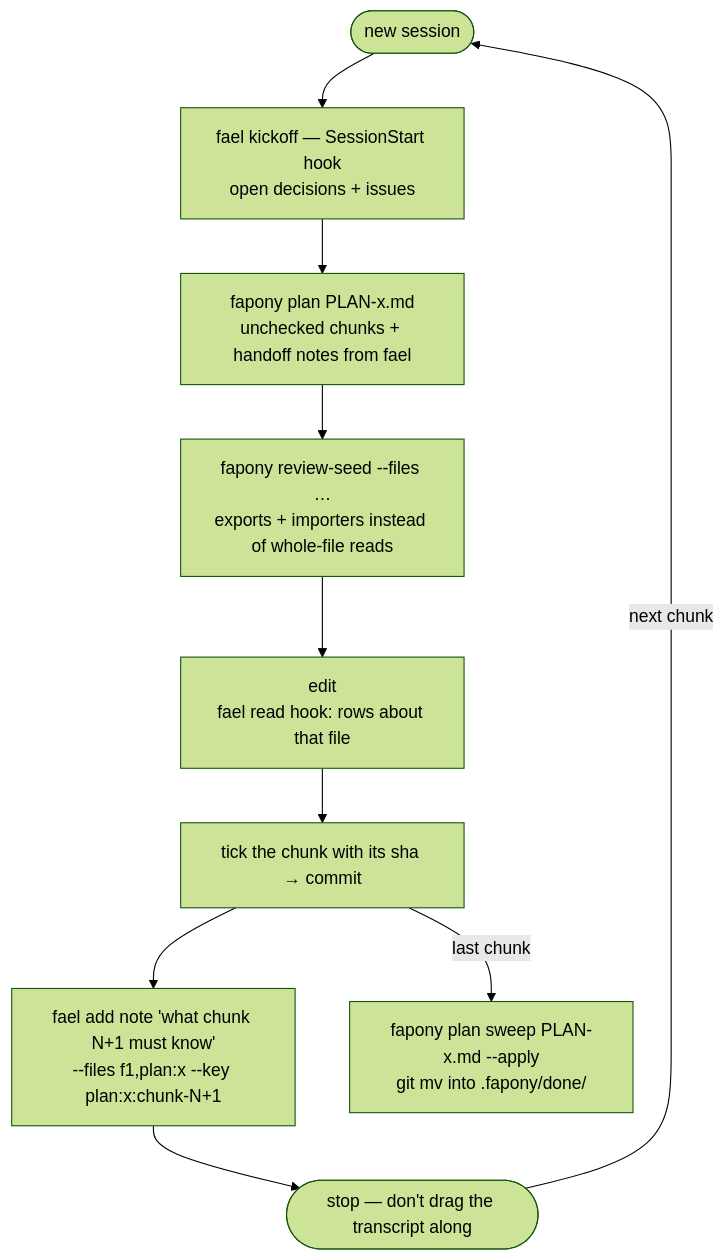
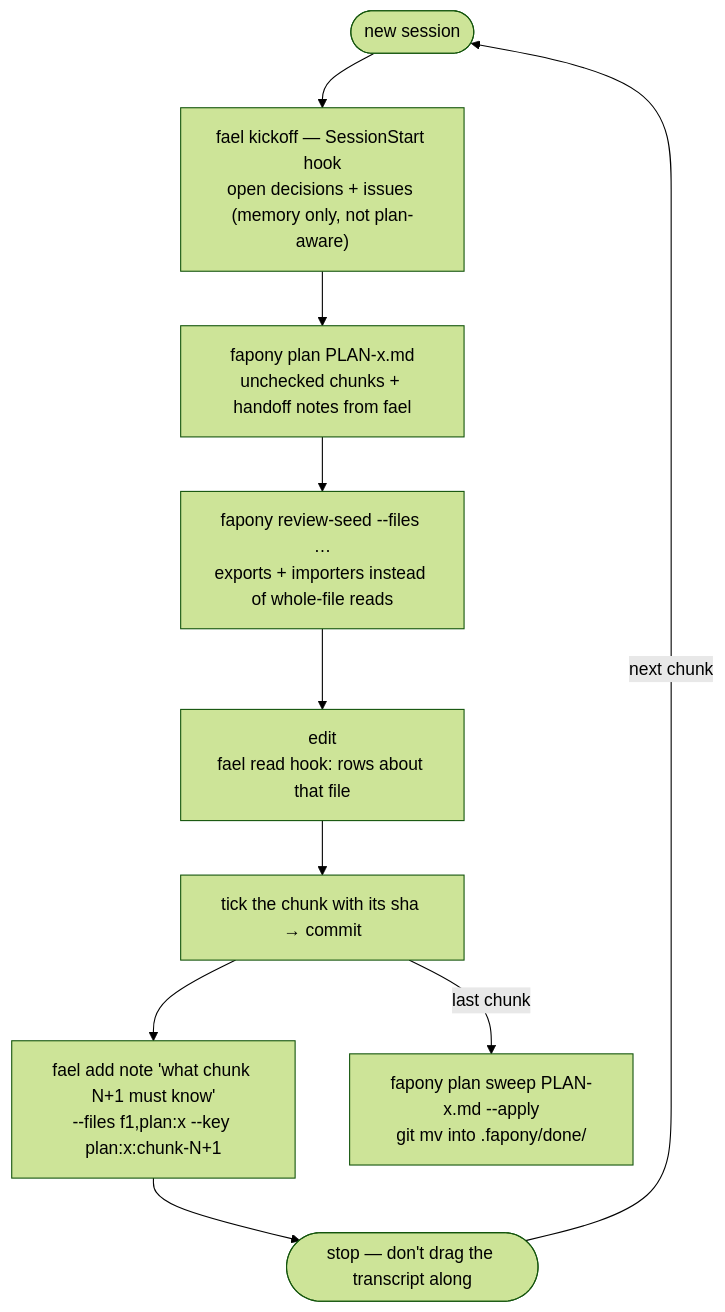
One commit to zecalis/fapony changed the first of 2 diagrams in README.md. Above: the diagram before and after it, drawn with Mermaid (forest theme). The commit also changed 6 other files, not shown here.

First line of the commit message:
feat(plan): fapony finds its own plan and spec docs (fael-boundary chunk 3) (#121)

````diff
--- a/README.md
+++ b/README.md
@@ -34,12 +34,12 @@
 ```mermaid
 flowchart TD
-    S([new session]) --> K["fael kickoff — SessionStart hook<br/>open decisions + issues"]
+    S([new session]) --> K["fael kickoff — SessionStart hook<br/>open decisions + issues (memory only, not plan-aware)"]
     K --> P["fapony plan PLAN-x.md<br/>unchecked chunks + handoff notes from fael"]
     P --> L["fapony review-seed --files …<br/>exports + importers instead of whole-file reads"]
     L --> E["edit<br/>fael read hook: rows about that file"]
     E --> C["tick the chunk with its sha → commit"]
     C --> N["fael add note 'what chunk N+1 must know'<br/>--files f1,plan:x --key plan:x:chunk-N+1"]
     N --> X([stop — don't drag the transcript along])
     X -->|next chunk| S
     C -->|last chunk| W["fapony plan sweep PLAN-x.md --apply<br/>git mv into .fapony/done/"]
 ```
````
